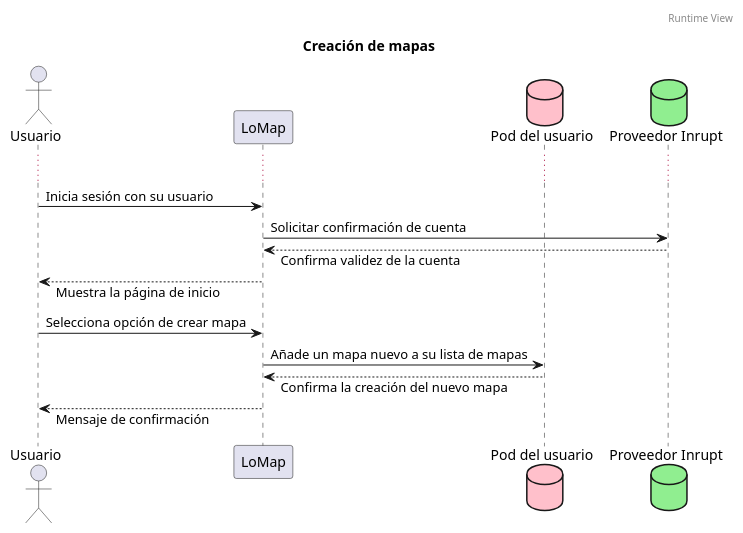
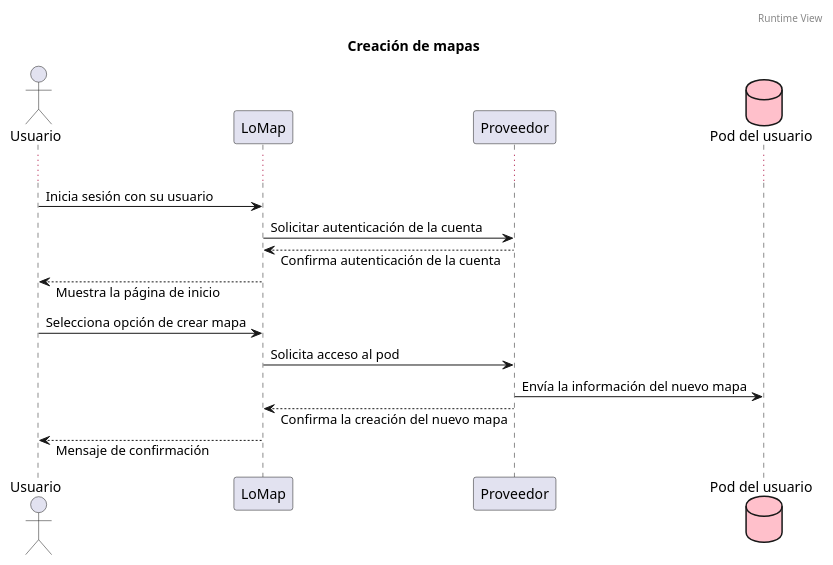
The first of 3 diagrams in docs/06_runtime_view.adoc (Arquisoft/lomap_es4b), drawn with PlantUML before and after one commit. The commit also changed other lines of this file and 1 other file, not shown here.

```diff
--- a/docs/06_runtime_view.adoc
+++ b/docs/06_runtime_view.adoc
@@ -36,28 +36,29 @@
 [plantuml,"Crear mapa",png]
 ----
 header Runtime View
 title Creación de mapas
 
 Actor Usuario
 Participant LoMap
+Participant Proveedor
 Database Pod as "Pod del usuario" #pink
-Database DataBase as "Proveedor Inrupt" #lightgreen
 
 skinparam responseMessageBelowArrow true
 
 ...
 
 Usuario -> LoMap: Inicia sesión con su usuario
 
-LoMap -> DataBase: Solicitar confirmación de cuenta
-LoMap <-- DataBase: Confirma validez de la cuenta
+LoMap -> Proveedor: Solicitar autenticación de la cuenta
+LoMap <-- Proveedor: Confirma autenticación de la cuenta
 
 Usuario <-- LoMap: Muestra la página de inicio
 
 Usuario -> LoMap: Selecciona opción de crear mapa
 
-LoMap -> Pod: Añade un mapa nuevo a su lista de mapas
-LoMap <-- Pod: Confirma la creación del nuevo mapa
+LoMap -> Proveedor: Solicita acceso al pod
+Proveedor -> Pod: Envía la información del nuevo mapa
+LoMap <-- Proveedor: Confirma la creación del nuevo mapa
 
 Usuario <-- LoMap: Mensaje de confirmación
 ----
```
